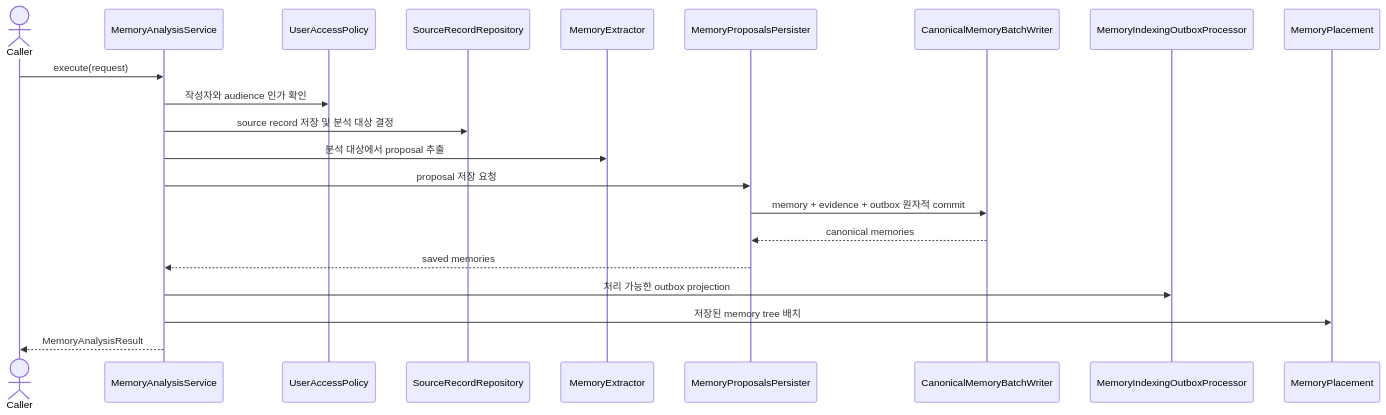
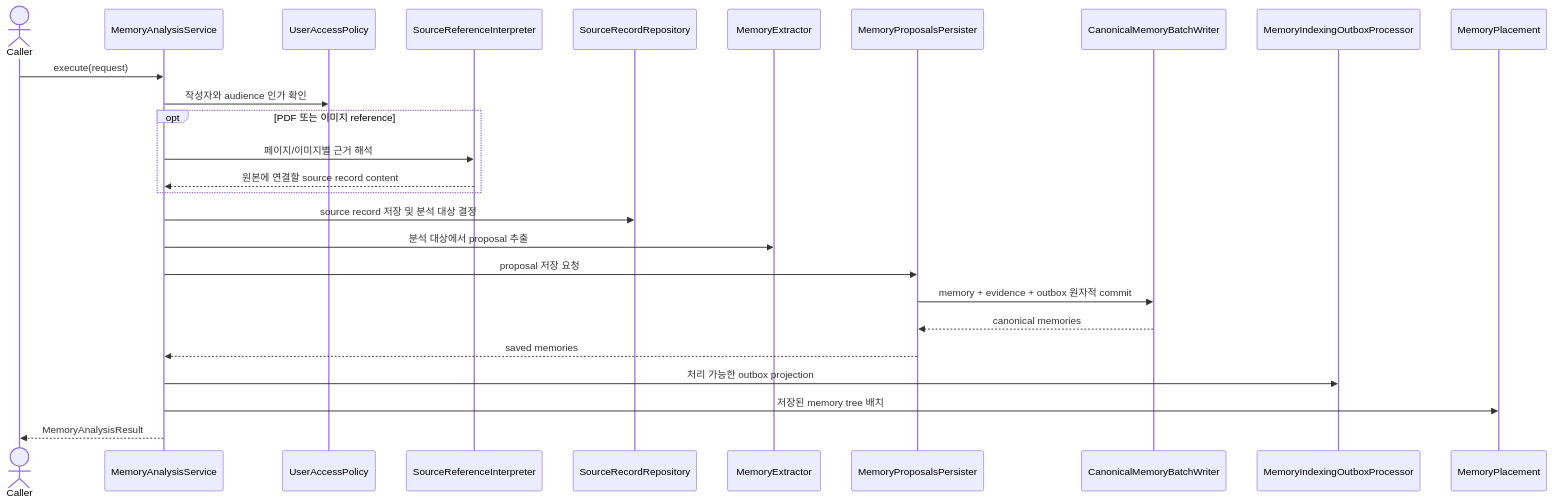
The first of 2 diagrams in application/src/main/kotlin/com/homeassistant/application/usecase/README.md (magenta1223/home_assistant), drawn with Mermaid before and after one commit. The commit also changed 27 other files, not shown here.

````diff
--- a/application/src/main/kotlin/com/homeassistant/application/usecase/README.md
+++ b/application/src/main/kotlin/com/homeassistant/application/usecase/README.md
@@ -21,24 +21,29 @@
 ```mermaid
 sequenceDiagram
     actor Caller
     participant Analysis as MemoryAnalysisService
     participant Access as UserAccessPolicy
+    participant Reference as SourceReferenceInterpreter
     participant Sources as SourceRecordRepository
     participant Extractor as MemoryExtractor
     participant Writer as MemoryProposalsPersister
     participant DB as CanonicalMemoryBatchWriter
     participant Indexing as MemoryIndexingOutboxProcessor
     participant Placement as MemoryPlacement
 
     Caller->>Analysis: execute(request)
     Analysis->>Access: 작성자와 audience 인가 확인
+    opt PDF 또는 이미지 reference
+        Analysis->>Reference: 페이지/이미지별 근거 해석
+        Reference-->>Analysis: 원본에 연결할 source record content
+    end
     Analysis->>Sources: source record 저장 및 분석 대상 결정
     Analysis->>Extractor: 분석 대상에서 proposal 추출
     Analysis->>Writer: proposal 저장 요청
     Writer->>DB: memory + evidence + outbox 원자적 commit
     DB-->>Writer: canonical memories
     Writer-->>Analysis: saved memories
     Analysis->>Indexing: 처리 가능한 outbox projection
     Analysis->>Placement: 저장된 memory tree 배치
     Analysis-->>Caller: MemoryAnalysisResult
 ```
````
